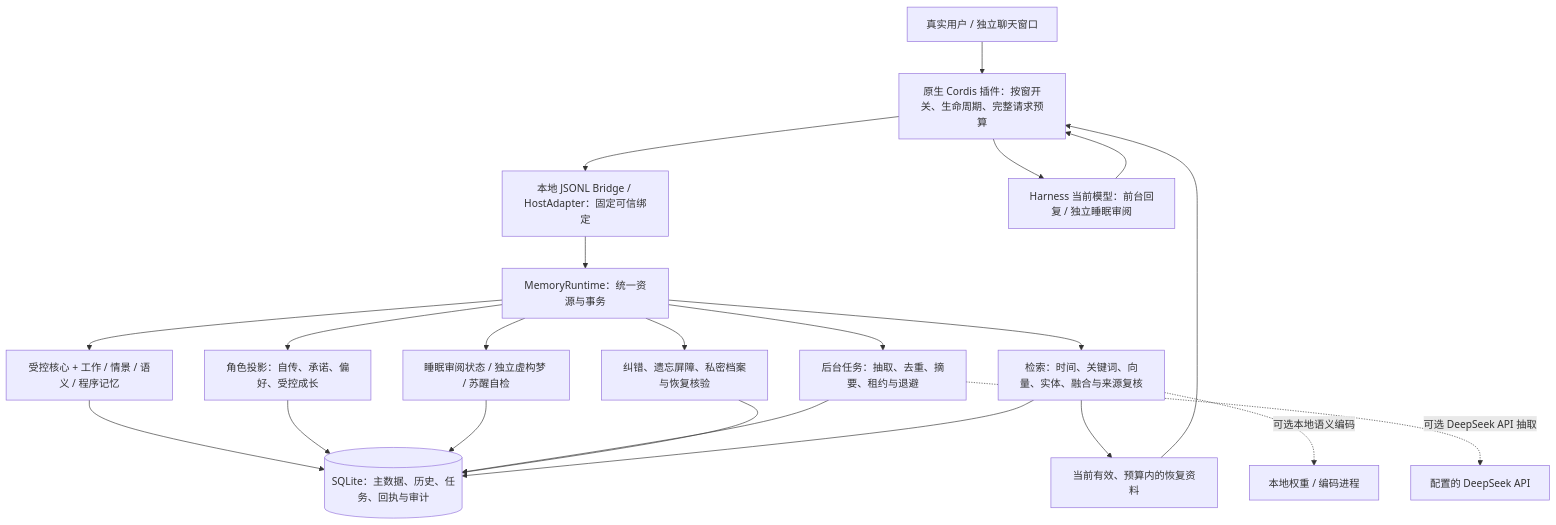
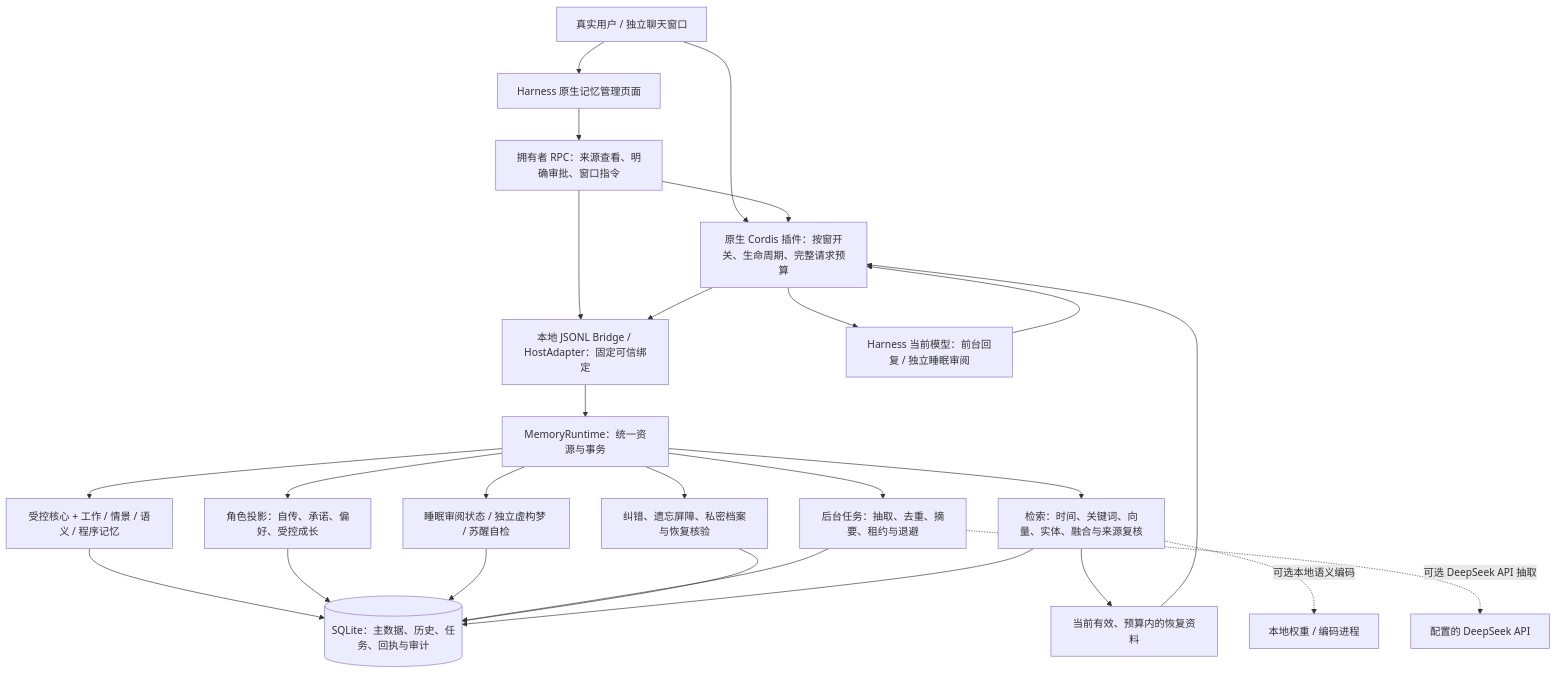
The first of 3 diagrams in docs/architecture-overview.md (Evergardenxxx/dsh-MemoryDreaming), drawn with Mermaid before and after one commit. The commit also changed other lines of this file and 40 other files, not shown here.

````diff
--- a/docs/architecture-overview.md
+++ b/docs/architecture-overview.md
@@ -11,24 +11,28 @@
 ```mermaid
 flowchart TB
   U["真实用户 / 独立聊天窗口"] --> N["原生 Cordis 插件：按窗开关、生命周期、完整请求预算"]
+  U --> UI["Harness 原生记忆管理页面"]
+  UI --> O["拥有者 RPC：来源查看、明确审批、窗口指令"]
+  O --> B
+  O --> N
   N --> B["本地 JSONL Bridge / HostAdapter：固定可信绑定"]
   B --> R["MemoryRuntime：统一资源与事务"]
   R --> C["受控核心 + 工作 / 情景 / 语义 / 程序记忆"]
   R --> Q["检索：时间、关键词、向量、实体、融合与来源复核"]
   R --> P["角色投影：自传、承诺、偏好、受控成长"]
   R --> S["睡眠审阅状态 / 独立虚构梦 / 苏醒自检"]
   R --> W["后台任务：抽取、去重、摘要、租约与退避"]
   R --> F["纠错、遗忘屏障、私密档案与恢复核验"]
   C --> D[("SQLite：主数据、历史、任务、回执与审计")]
   P --> D
   S --> D
   W --> D
   F --> D
   Q --> D
   Q --> V["当前有效、预算内的恢复资料"]
   V --> N
   N --> L["Harness 当前模型：前台回复 / 独立睡眠审阅"]
   L --> N
   W -. "可选 DeepSeek API 抽取" .-> A["配置的 DeepSeek API"]
   Q -. "可选本地语义编码" .-> E["本地权重 / 编码进程"]
 ```
````
